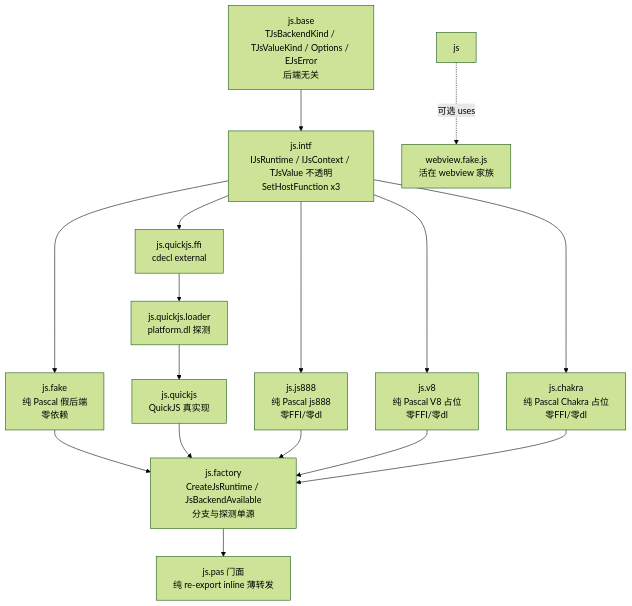
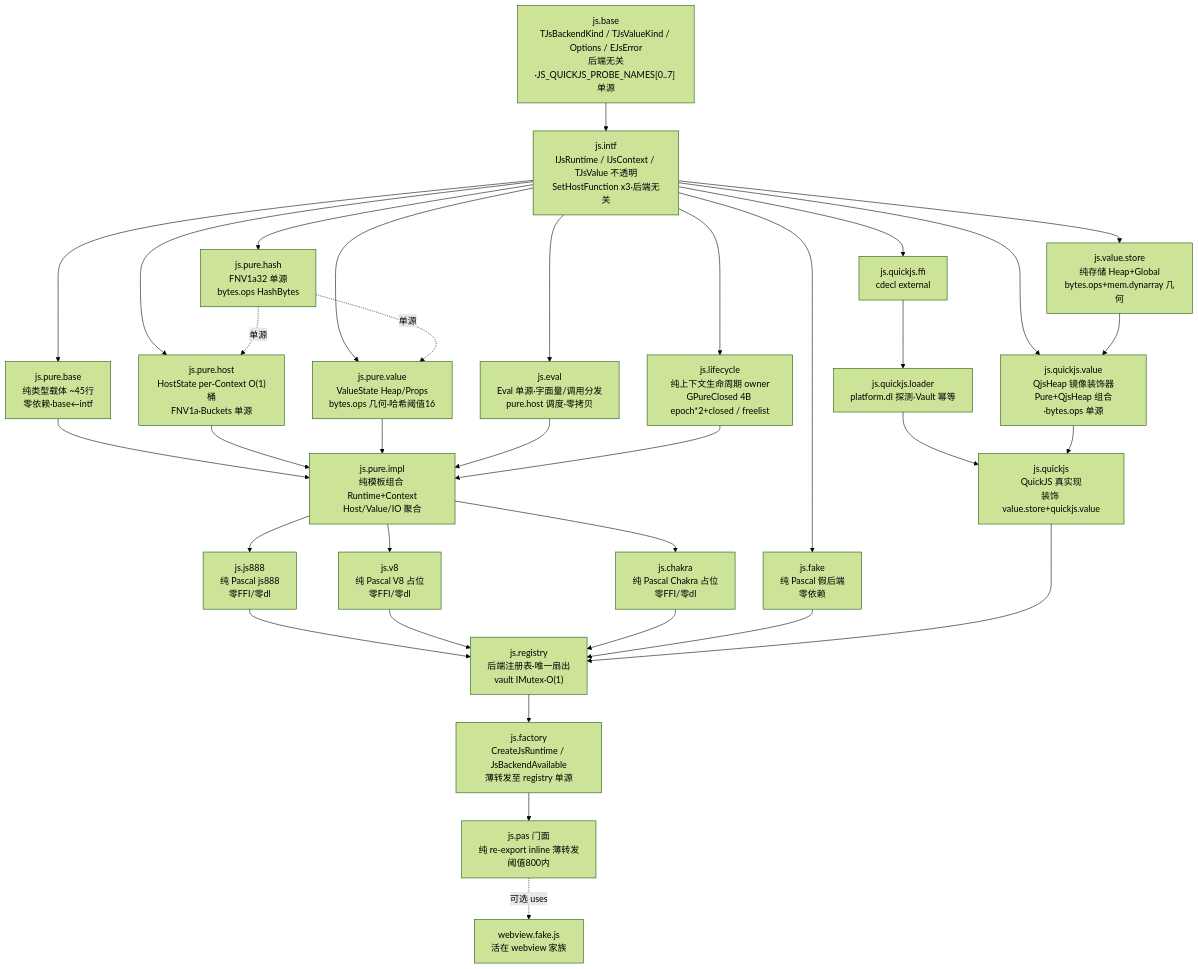
One commit to dtamade/nextPas changed the diagram in core/docs/js/DESIGN.md. Above: the diagram before and after it, drawn with Mermaid (forest theme). The commit also changed other lines of this file and 7 other files, not shown here.

First line of the commit message:
feat(js): perfection-44 — 设计文档对齐与评估/视图性能精化

````diff
--- a/core/docs/js/DESIGN.md
+++ b/core/docs/js/DESIGN.md
@@ -9,20 +9,49 @@
 ```mermaid
 flowchart TB
-  base["js.base<br/>TJsBackendKind / TJsValueKind / Options / EJsError<br/>后端无关"]
-  intf["js.intf<br/>IJsRuntime / IJsContext / TJsValue 不透明<br/>SetHostFunction x3"]
+  base["js.base<br/>TJsBackendKind / TJsValueKind / Options / EJsError<br/>后端无关·JS_QUICKJS_PROBE_NAMES[0..7] 单源"]
+  intf["js.intf<br/>IJsRuntime / IJsContext / TJsValue 不透明<br/>SetHostFunction x3·后端无关"]
+  lifecycle["js.lifecycle<br/>纯上下文生命周期 owner<br/>GPureClosed 4B epoch*2+closed / freelist"]
+  vstore["js.value.store<br/>纯存储 Heap+Global<br/>bytes.ops+mem.dynarray 几何"]
+  qvalue["js.quickjs.value<br/>QjsHeap 镜像装饰器<br/>Pure+QjsHeap 组合·bytes.ops 单源"]
   fake["js.fake<br/>纯 Pascal 假后端<br/>零依赖"]
   ffi["js.quickjs.ffi<br/>cdecl external"]
-  loader["js.quickjs.loader<br/>platform.dl 探测"]
-  impl["js.quickjs<br/>QuickJS 真实现"]
-  pure["js.js888<br/>纯 Pascal js888<br/>零FFI/零dl"]
+  loader["js.quickjs.loader<br/>platform.dl 探测·Vault 幂等"]
+  qjs["js.quickjs<br/>QuickJS 真实现<br/>装饰 value.store+quickjs.value"]
+  phost["js.pure.host<br/>HostState per-Context O(1)桶<br/>FNV1a·Buckets 单源"]
+  pvalue["js.pure.value<br/>ValueState Heap/Props<br/>bytes.ops 几何·哈希阈值16"]
+  phash["js.pure.hash<br/>FNV1a32 单源<br/>bytes.ops HashBytes"]
+  eval["js.eval<br/>Eval 单源·字面量/调用分发<br/>pure.host 调度·零拷贝"]
+  pbase["js.pure.base<br/>纯类型载体 ~45行<br/>零依赖·base←intf"]
+  pimpl["js.pure.impl<br/>纯模板组合 Runtime+Context<br/>Host/Value/IO 聚合"]
+  js888["js.js888<br/>纯 Pascal js888<br/>零FFI/零dl"]
   v8["js.v8<br/>纯 Pascal V8 占位<br/>零FFI/零dl"]
   chakra["js.chakra<br/>纯 Pascal Chakra 占位<br/>零FFI/零dl"]
-  factory["js.factory<br/>CreateJsRuntime / JsBackendAvailable<br/>分支与探测单源"]
-  facade["js.pas 门面<br/>纯 re-export inline 薄转发"]
-  base --> intf --> fake --> factory --> facade
-  intf --> ffi --> loader --> impl --> factory
-  intf --> pure --> factory
-  intf --> v8 --> factory
-  intf --> chakra --> factory
-  js -. "可选 uses" .-> webview["webview.fake.js<br/>活在 webview 家族"]
+  registry["js.registry<br/>后端注册表·唯一扇出<br/>vault IMutex·O(1)"]
+  factory["js.factory<br/>CreateJsRuntime / JsBackendAvailable<br/>薄转发至 registry 单源"]
+  facade["js.pas 门面<br/>纯 re-export inline 薄转发<br/>阈值800内"]
+  base --> intf
+  intf --> lifecycle
+  intf --> vstore
+  intf --> qvalue
+  intf --> fake
+  intf --> ffi --> loader --> qjs
+  intf --> phost
+  intf --> pvalue
+  intf --> phash
+  intf --> eval
+  intf --> pbase --> pimpl
+  phost --> pimpl
+  pvalue --> pimpl
+  phash -. 单源 .-> phost
+  phash -. 单源 .-> pvalue
+  eval --> pimpl
+  lifecycle --> pimpl
+  vstore --> qvalue --> qjs
+  pimpl --> js888 --> registry
+  pimpl --> v8 --> registry
+  pimpl --> chakra --> registry
+  fake --> registry
+  qjs --> registry
+  registry --> factory --> facade
+  facade -. "可选 uses" .-> webview["webview.fake.js<br/>活在 webview 家族"]
 ```
````
